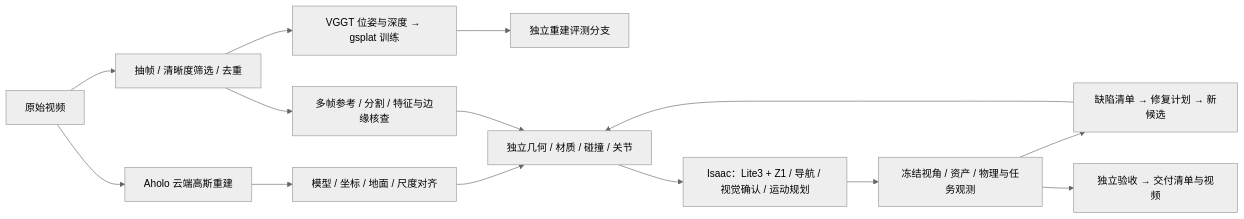
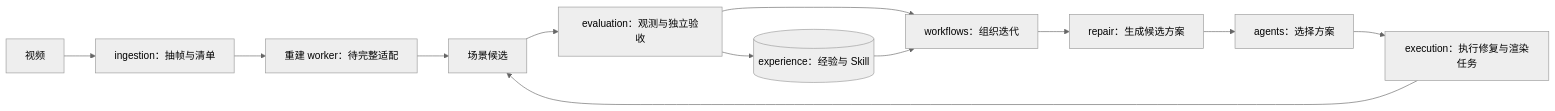
Before and after one commit to miracle-techlink/aholo-powergrid-simready: the diagram in README.md, drawn with Mermaid (neutral theme). The commit also changed other lines of this file and 243 other files, not shown here.

````diff
--- a/README.md
+++ b/README.md
@@ -9,16 +21,14 @@
 ```mermaid
 flowchart LR
-  V[原始视频] --> F[抽帧 / 清晰度筛选 / 去重]
-  V --> A[Aholo 云端高斯重建]
-  F --> G[VGGT 位姿与深度 → gsplat 训练]
-  A --> S[模型 / 坐标 / 地面 / 尺度对齐]
-  G --> B[独立重建评测分支]
-  F --> R[多帧参考 / 分割 / 特征与边缘核查]
-  S --> E[独立几何 / 材质 / 碰撞 / 关节]
-  R --> E
-  E --> I[Isaac：Lite3 + Z1 / 导航 / 视觉确认 / 运动规划]
-  I --> O[冻结视角 / 资产 / 物理与任务观测]
-  O --> D[缺陷清单 → 修复计划 → 新候选]
-  D --> E
-  O --> Q[独立验收 → 交付清单与视频]
+  V[视频] --> IN[ingestion：抽帧与清单]
+  IN --> R[重建 worker：待完整适配]
+  R --> C[场景候选]
+  C --> E[evaluation：观测与独立验收]
+  E --> W[workflows：组织迭代]
+  X[(experience：经验与 Skill)] --> W
+  W --> P[repair：生成候选方案]
+  P --> A[agents：选择方案]
+  A --> T[execution：执行修复与渲染任务]
+  T --> C
+  E --> X
 ```
````
